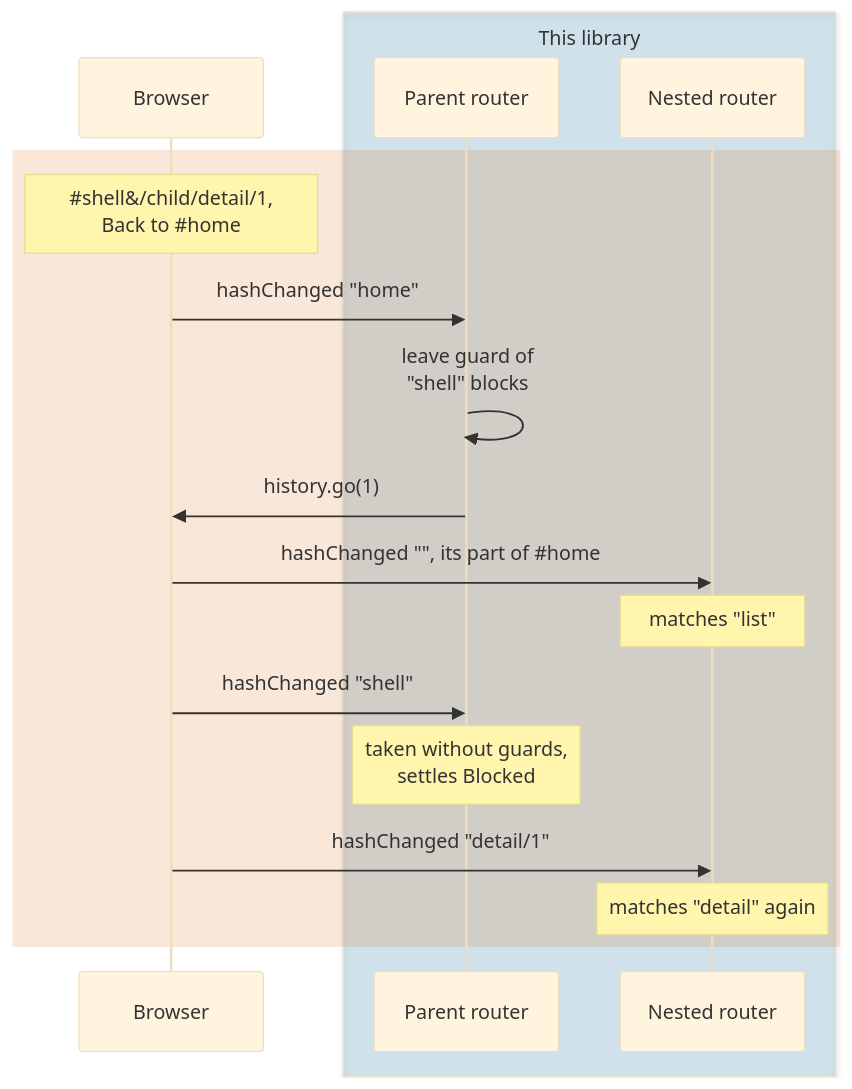
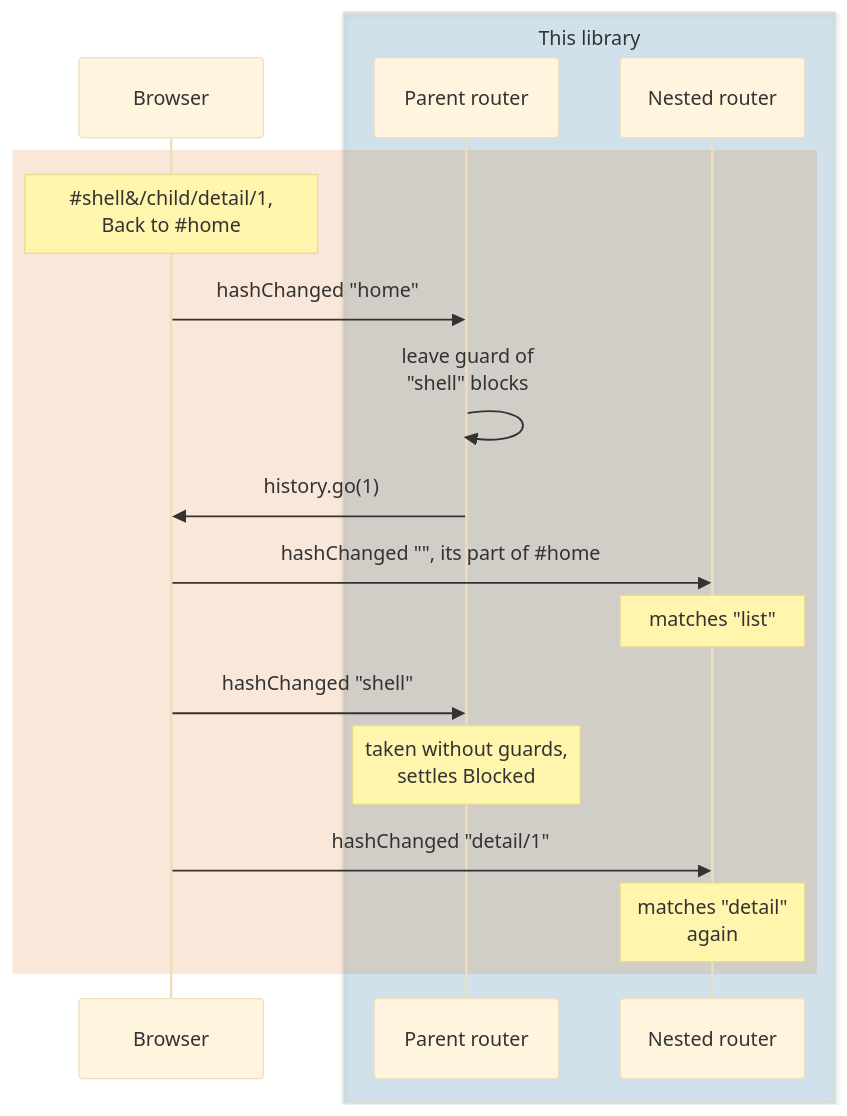
The ninth of 9 diagrams in packages/lib/README.md (wridgeu/ui5-lib-guard-router), drawn with Mermaid (base theme) before and after one commit. The commit also changed other lines of this file and 12 other files, not shown here.

````diff
--- a/packages/lib/README.md
+++ b/packages/lib/README.md
@@ -1130,20 +1309,20 @@
 ```mermaid
 sequenceDiagram
     participant Browser
     box rgba(0, 114, 178, 0.15) This library
         participant Parent as Parent router
         participant Child as Nested router
     end
     rect rgba(213, 94, 0, 0.15)
         Note over Browser: #35;shell&/child/detail/1,<br/>Back to #35;home
         Browser->>Parent: hashChanged "home"
         Parent->>Parent: leave guard of<br/>"shell" blocks
         Parent->>Browser: history.go(1)
         Browser->>Child: hashChanged "", its part of #35;home
         Note over Child: matches "list"
         Browser->>Parent: hashChanged "shell"
         Note over Parent: taken without guards,<br/>settles Blocked
         Browser->>Child: hashChanged "detail/1"
-        Note over Child: matches "detail" again
+        Note over Child: matches "detail"<br/>again
     end
 ```
````
